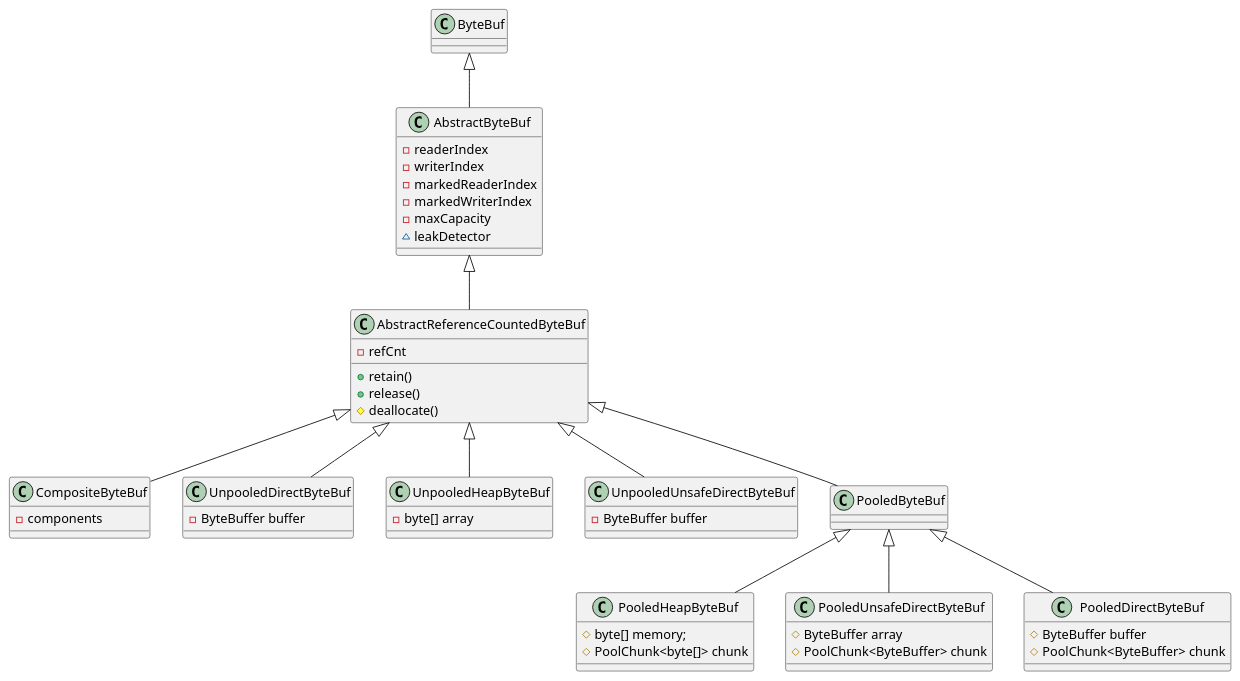
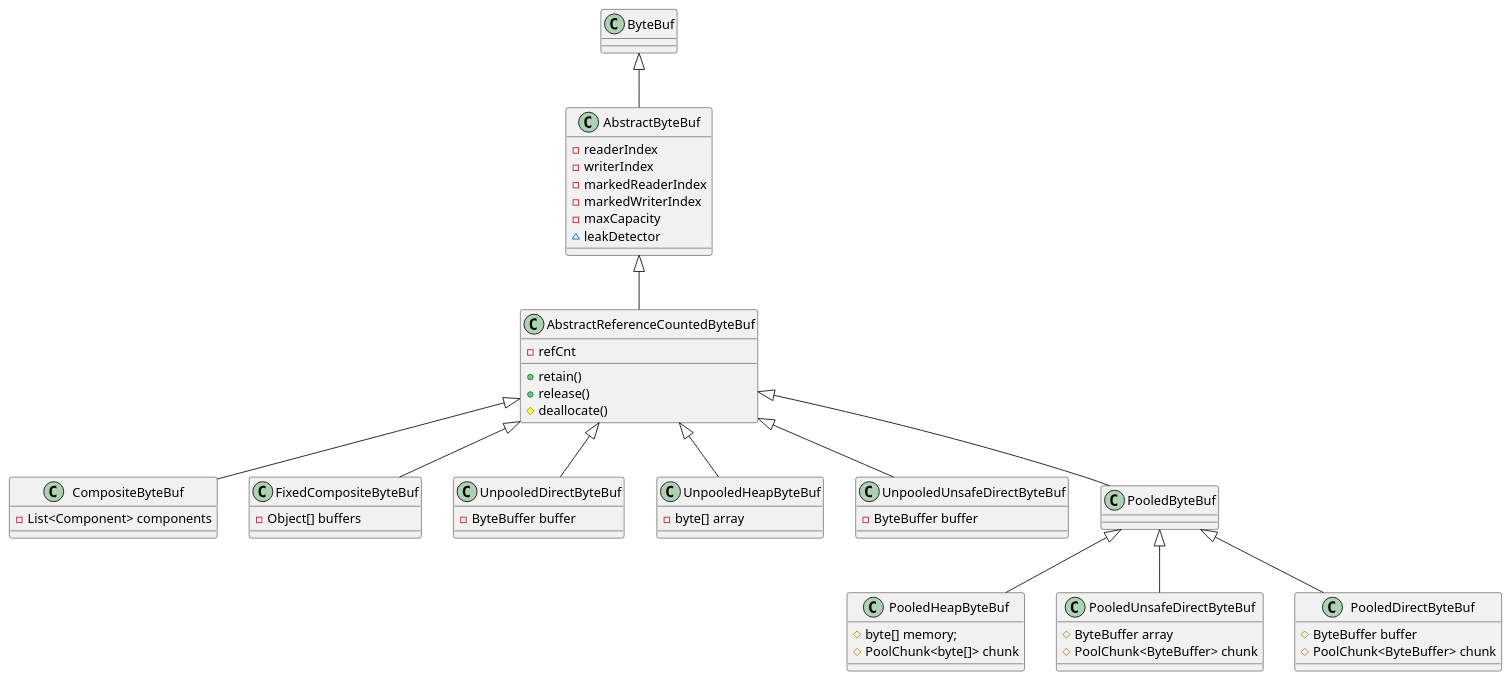
One commit to uchuhimo/leaning-netty changed the diagram in buffer/image/basic_buffer.puml. Above: the diagram before and after it, drawn with PlantUML. The commit also changed 8 other files, not shown here.

Commit message:
add more ByteBuf class

```diff
--- a/buffer/image/basic_buffer.puml
+++ b/buffer/image/basic_buffer.puml
@@ -1,57 +1,61 @@
 @startuml
 ByteBuf             <|--    AbstractByteBuf
 class AbstractByteBuf {
     - readerIndex
     - writerIndex
     - markedReaderIndex
     - markedWriterIndex
     - maxCapacity
     ~ leakDetector
 }
 
 AbstractByteBuf     <|--    AbstractReferenceCountedByteBuf
 class AbstractReferenceCountedByteBuf {
     - refCnt
     + retain()
     + release()
     # deallocate()
 }
 
 AbstractReferenceCountedByteBuf       <|--    CompositeByteBuf
+AbstractReferenceCountedByteBuf       <|--    FixedCompositeByteBuf
 class CompositeByteBuf {
-    - components
+    - List<Component> components
+}
+class FixedCompositeByteBuf {
+    - Object[] buffers
 }
 
 AbstractReferenceCountedByteBuf       <|--    UnpooledDirectByteBuf
 AbstractReferenceCountedByteBuf       <|--    UnpooledHeapByteBuf
 AbstractReferenceCountedByteBuf       <|--    UnpooledUnsafeDirectByteBuf
 class UnpooledDirectByteBuf {
     - ByteBuffer buffer
 }
 class UnpooledHeapByteBuf {
     - byte[] array
 }
 class UnpooledUnsafeDirectByteBuf {
     - ByteBuffer buffer
 }
 
 
 AbstractReferenceCountedByteBuf       <|--    PooledByteBuf
 PooledByteBuf <|-- PooledHeapByteBuf
 PooledByteBuf <|-- PooledUnsafeDirectByteBuf
 PooledByteBuf <|-- PooledDirectByteBuf
 class PooledHeapByteBuf {
     # byte[] memory;
     # PoolChunk<byte[]> chunk
 }
 class PooledUnsafeDirectByteBuf {
     # ByteBuffer array
     # PoolChunk<ByteBuffer> chunk
 }
 class PooledDirectByteBuf {
     # ByteBuffer buffer
     # PoolChunk<ByteBuffer> chunk
 }
 
 
 @enduml
```
